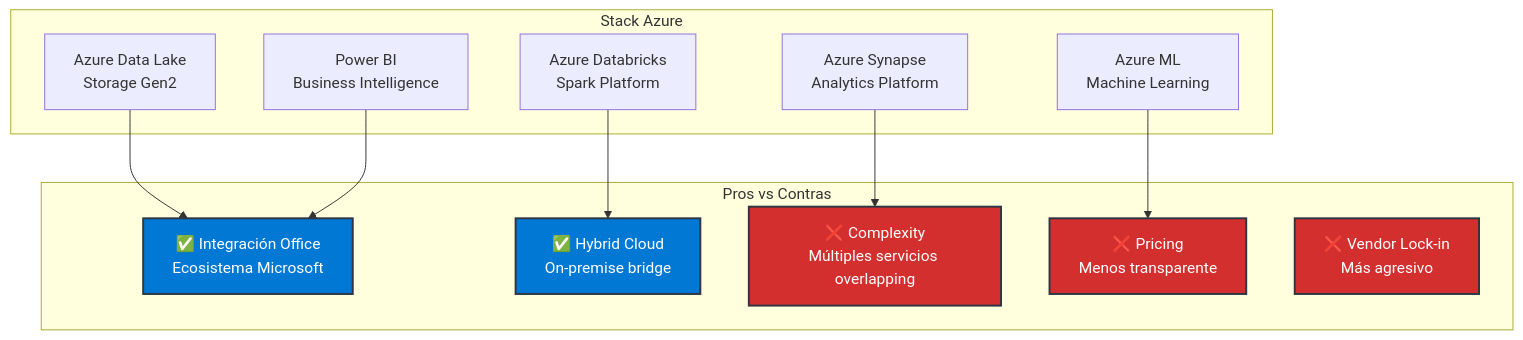
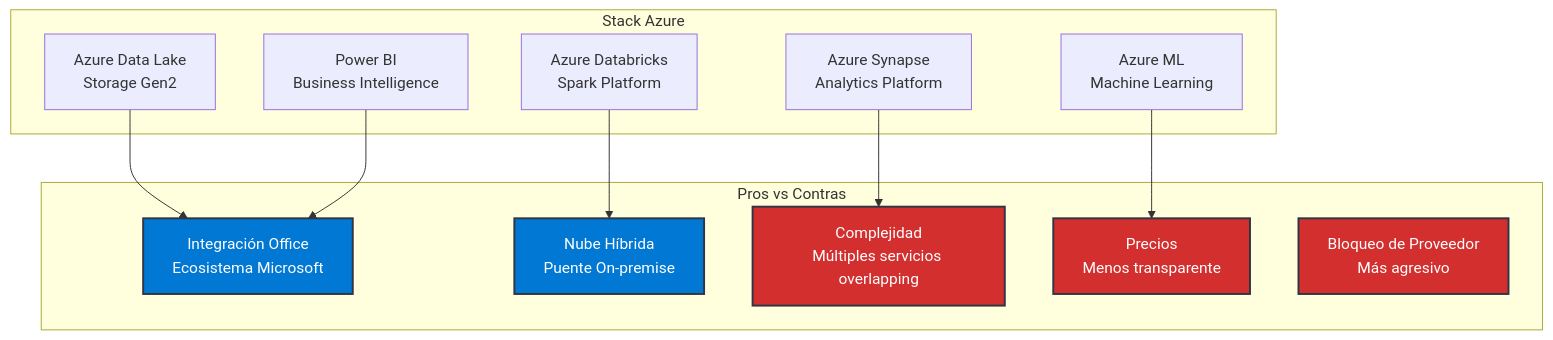
Before and after one commit to arielmmdx/offering: the seventh of 17 diagrams in readme.md, drawn with Mermaid. The commit also changed other lines of this file, not shown here.

````diff
--- a/readme.md
+++ b/readme.md
@@ -361,30 +328,30 @@
 ```mermaid
 graph TB
     subgraph "Stack Azure"
         A[Azure Data Lake<br/>Storage Gen2]
         B[Azure Synapse<br/>Analytics Platform]
         C[Azure Databricks<br/>Spark Platform]
         D[Power BI<br/>Business Intelligence]
         E[Azure ML<br/>Machine Learning]
     end
     
     subgraph "Pros vs Contras"
-        F[✅ Integración Office<br/>Ecosistema Microsoft]
-        G[✅ Hybrid Cloud<br/>On-premise bridge]
-        H[❌ Complexity<br/>Múltiples servicios overlapping]
-        I[❌ Pricing<br/>Menos transparente]
-        J[❌ Vendor Lock-in<br/>Más agresivo]
+        F[Integración Office<br/>Ecosistema Microsoft]
+        G[Nube Híbrida<br/>Puente On-premise]
+        H[Complejidad<br/>Múltiples servicios overlapping]
+        I[Precios<br/>Menos transparente]
+        J[Bloqueo de Proveedor<br/>Más agresivo]
     end
     
     A --> F
     B --> H
     C --> G
     D --> F
     E --> I
     
     style F fill:#0078d4,stroke:#2f3542,stroke-width:2px,color:#fff
     style G fill:#0078d4,stroke:#2f3542,stroke-width:2px,color:#fff
     style H fill:#d32f2f,stroke:#2f3542,stroke-width:2px,color:#fff
     style I fill:#d32f2f,stroke:#2f3542,stroke-width:2px,color:#fff
     style J fill:#d32f2f,stroke:#2f3542,stroke-width:2px,color:#fff
 ```
````
